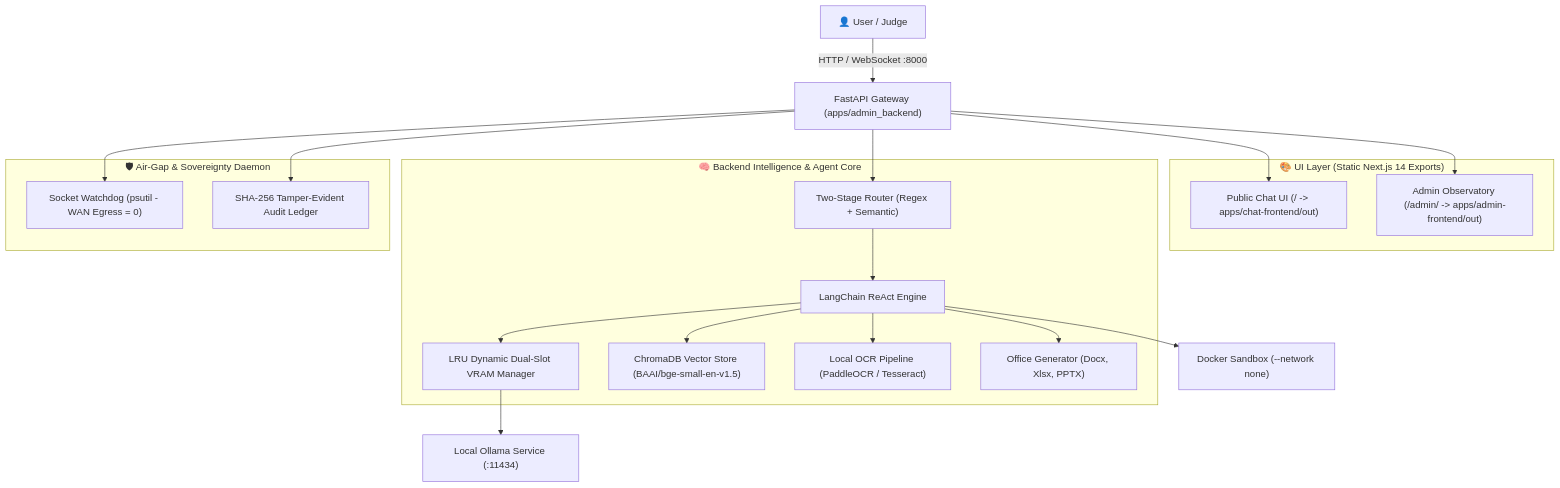
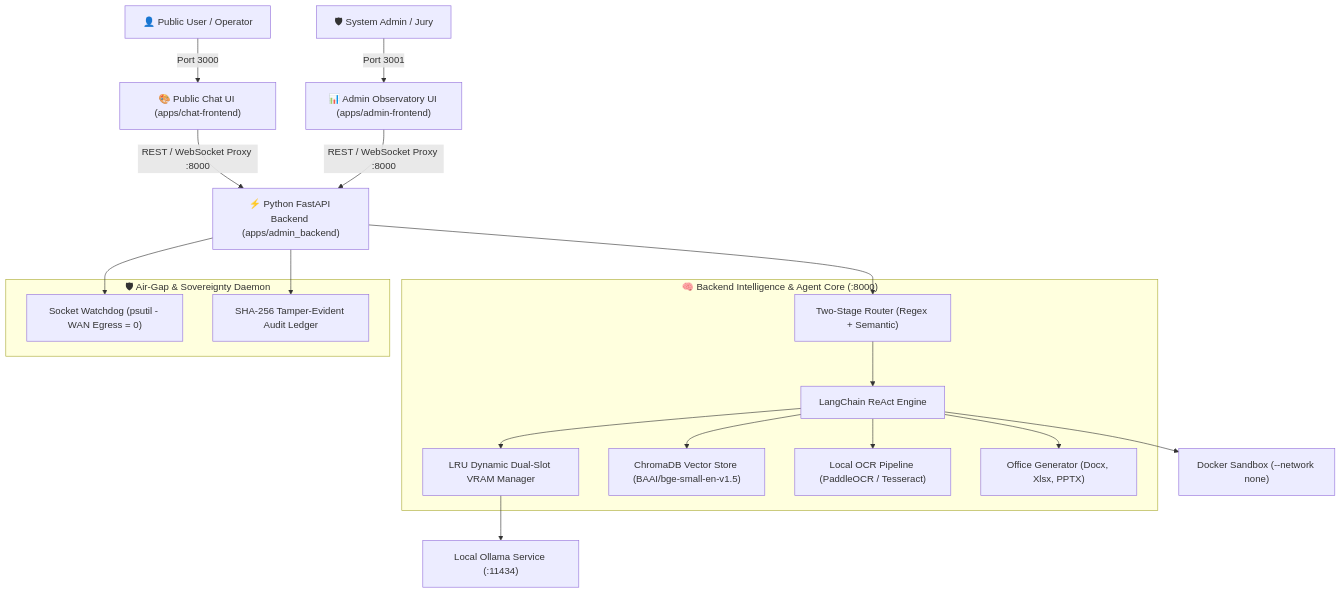
One commit to Deepak0205p/hackbusters-devlopment changed the diagram in README.md. Above: the diagram before and after it, drawn with Mermaid. The commit also changed other lines of this file and 1 other file, not shown here.

Commit message:
fix(ports): standardize Chat UI on 3000, Admin UI on 3001, and Backend on 8000

````diff
--- a/README.md
+++ b/README.md
@@ -28,35 +39,31 @@
 ```mermaid
 graph TD
-    A["👤 User / Judge"] -->|HTTP / WebSocket :8000| B["FastAPI Gateway (apps/admin_backend)"]
+    User["👤 Public User / Operator"] -->|Port 3000| ChatUI["🎨 Public Chat UI (apps/chat-frontend)"]
+    Admin["🛡 System Admin / Jury"] -->|Port 3001| AdminUI["📊 Admin Observatory UI (apps/admin-frontend)"]
     
-    subgraph UI_Layer ["🎨 UI Layer (Static Next.js 14 Exports)"]
-        C["Public Chat UI (/ -> apps/chat-frontend/out)"]
-        D["Admin Observatory (/admin/ -> apps/admin-frontend/out)"]
+    ChatUI -->|REST / WebSocket Proxy :8000| Backend["⚡ Python FastAPI Backend (apps/admin_backend)"]
+    AdminUI -->|REST / WebSocket Proxy :8000| Backend
+    
+    subgraph Intelligence_Layer ["🧠 Backend Intelligence & Agent Core (:8000)"]
+        Router["Two-Stage Router (Regex + Semantic)"]
+        Agent["LangChain ReAct Engine"]
+        VRAMMgr["LRU Dynamic Dual-Slot VRAM Manager"]
+        ChromaStore["ChromaDB Vector Store (BAAI/bge-small-en-v1.5)"]
+        OCR["Local OCR Pipeline (PaddleOCR / Tesseract)"]
+        OfficeGen["Office Generator (Docx, Xlsx, PPTX)"]
     end
     
-    B --> C
-    B --> D
-    
-    subgraph Intelligence_Layer ["🧠 Backend Intelligence & Agent Core"]
-        E["Two-Stage Router (Regex + Semantic)"]
-        F["LangChain ReAct Engine"]
-        G["LRU Dynamic Dual-Slot VRAM Manager"]
-        H["ChromaDB Vector Store (BAAI/bge-small-en-v1.5)"]
-        I["Local OCR Pipeline (PaddleOCR / Tesseract)"]
-        J["Office Generator (Docx, Xlsx, PPTX)"]
-    end
-    
-    B --> E --> F
-    F --> G --> K["Local Ollama Service (:11434)"]
-    F --> H
-    F --> I
-    F --> J
-    F --> L["Docker Sandbox (--network none)"]
+    Backend --> Router --> Agent
+    Agent --> VRAMMgr --> Ollama["Local Ollama Service (:11434)"]
+    Agent --> ChromaStore
+    Agent --> OCR
+    Agent --> OfficeGen
+    Agent --> Sandbox["Docker Sandbox (--network none)"]
     
     subgraph Sovereignty_Daemon ["🛡 Air-Gap & Sovereignty Daemon"]
-        M["Socket Watchdog (psutil - WAN Egress = 0)"]
-        N["SHA-256 Tamper-Evident Audit Ledger"]
+        Watchdog["Socket Watchdog (psutil - WAN Egress = 0)"]
+        AuditLedger["SHA-256 Tamper-Evident Audit Ledger"]
     end
-    B --> M
-    B --> N
+    Backend --> Watchdog
+    Backend --> AuditLedger
 ```
````
